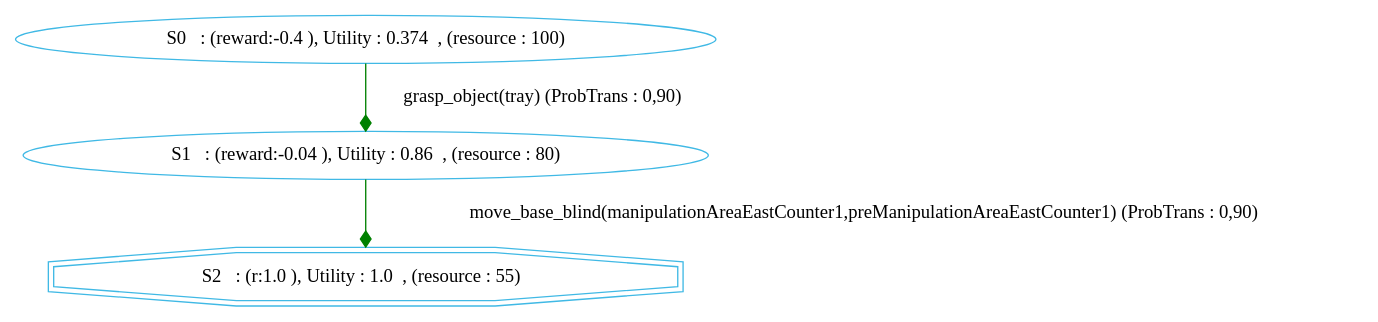
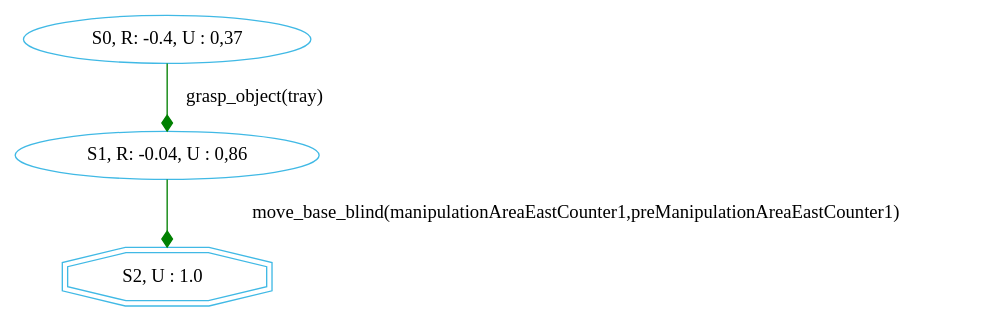
The diagram in chimp/src/main/java/examples/MDP/RACE/test_m_get_object_0.dot (htiraHatem/CHIMP_MDP), drawn with Graphviz before and after one commit. The commit also changed 20 other files, not shown here.

```diff
--- a/chimp/src/main/java/examples/MDP/RACE/test_m_get_object_0.dot
+++ b/chimp/src/main/java/examples/MDP/RACE/test_m_get_object_0.dot
@@ -1,7 +1,9 @@
 digraph {
   node [color="#40b9e5" ]
  size="60,17";
-"2" [label=" S2   : (r:1.0 ), Utility : 1.0  , (resource : 55)  " shape=doubleoctagon];
-"0" [label=" S0   : (reward:-0.4 ), Utility : 0.374  , (resource : 100) "]"1" [label=" S1   : (reward:-0.04 ), Utility : 0.86  , (resource : 80) "]"0" -> "1" [ label="grasp_object(tray) (ProbTrans : 0,90)"
-, arrowhead = diamond , color=green];"1" -> "2" [ label="move_base_blind(manipulationAreaEastCounter1,preManipulationAreaEastCounter1) (ProbTrans : 0,90)"
+"2" [label=" S2, U : 1.0  " shape=doubleoctagon];
+"0" [label=" S0, R: -0.4, U : 0,37 "];
+"1" [label=" S1, R: -0.04, U : 0,86 "];
+"0" -> "1" [ label="grasp_object(tray)"
+, arrowhead = diamond , color=green];"1" -> "2" [ label="move_base_blind(manipulationAreaEastCounter1,preManipulationAreaEastCounter1)"
 , arrowhead = diamond , color=green];}
```
